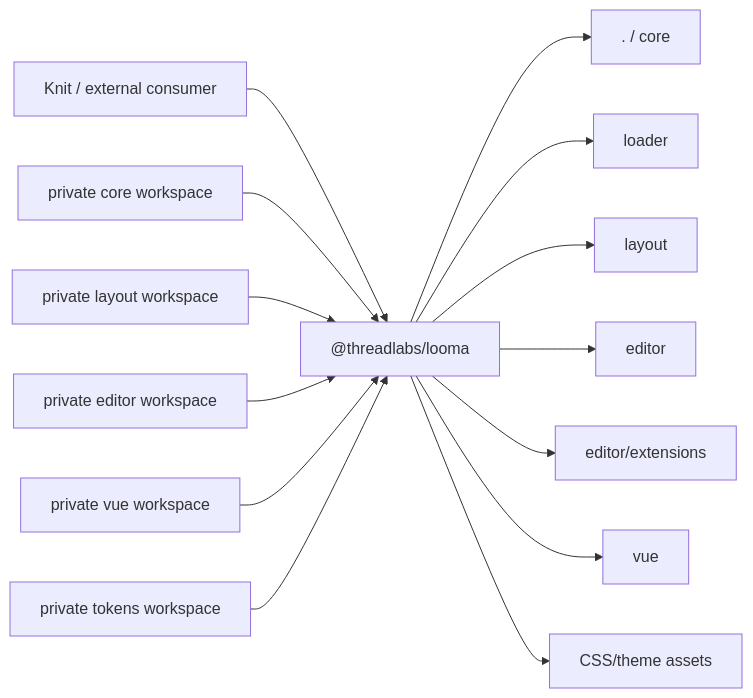
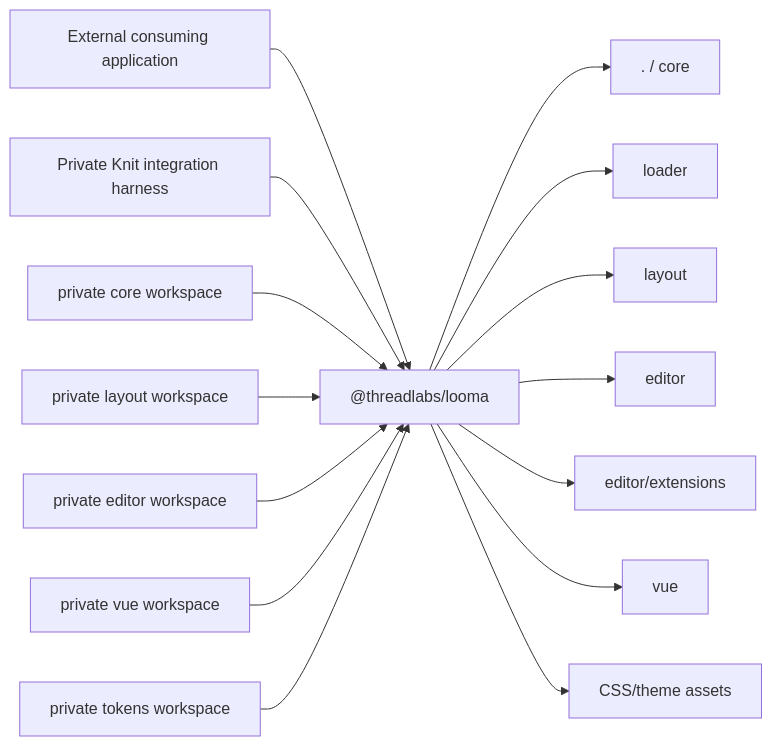
The first of 3 diagrams in docs/plans/2026-08-31-1018-refactor-public-facade-package-plan.md (threadlabs-studio/looma), drawn with Mermaid before and after one commit. The commit also changed other lines of this file and 5 other files, not shown here.

Commit message:
docs(release): distinguish consumers from Knit harness

````diff
--- a/docs/plans/2026-08-31-1018-refactor-public-facade-package-plan.md
+++ b/docs/plans/2026-08-31-1018-refactor-public-facade-package-plan.md
@@ -96,17 +96,18 @@
 ```mermaid
 flowchart LR
-  Consumer["Knit / external consumer"] --> Facade["@threadlabs/looma"]
+  Consumer["External consuming application"] --> Facade["@threadlabs/looma"]
+  Harness["Private Knit integration harness"] --> Facade
   Facade --> Root[". / core"]
   Facade --> Loader["loader"]
   Facade --> Layout["layout"]
   Facade --> Editor["editor"]
   Facade --> Extensions["editor/extensions"]
   Facade --> Vue["vue"]
   Facade --> CSS["CSS/theme assets"]
 
   CoreWS["private core workspace"] --> Facade
   LayoutWS["private layout workspace"] --> Facade
   EditorWS["private editor workspace"] --> Facade
   VueWS["private vue workspace"] --> Facade
   TokensWS["private tokens workspace"] --> Facade
 ```
````
